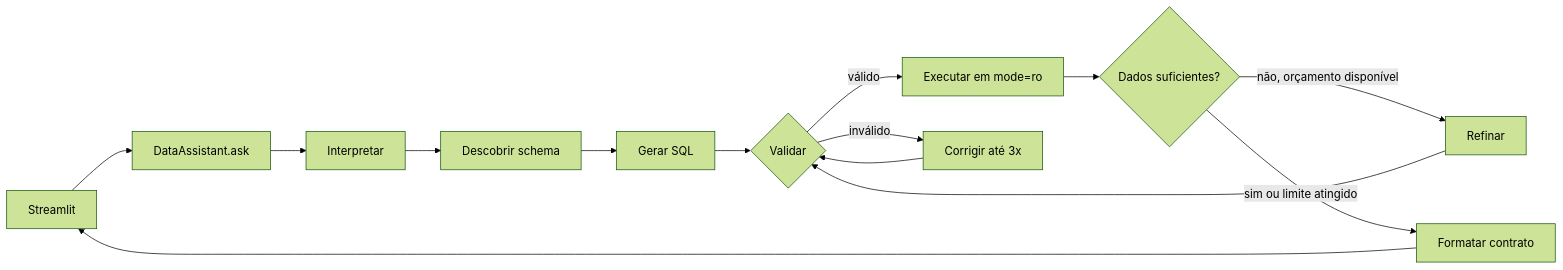
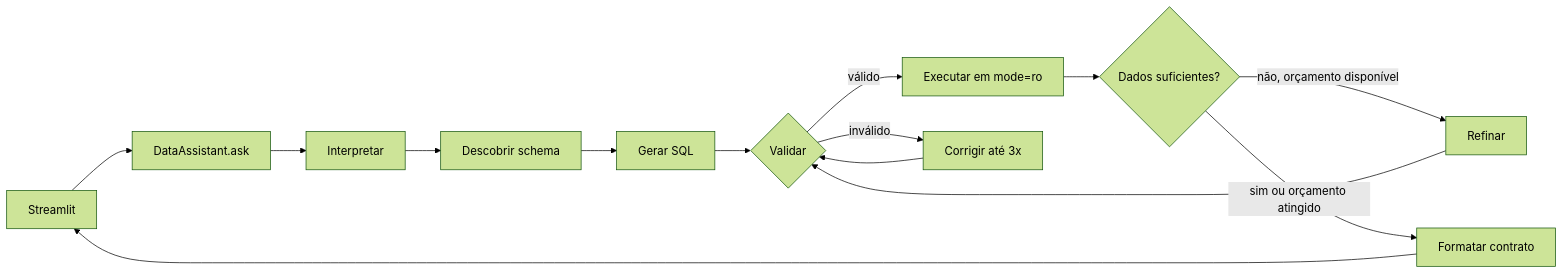
The diagram in README.md (fujiiatila-dev/assistente-virtual-de-dados), drawn with Mermaid (forest theme) before and after one commit. The commit also changed other lines of this file and 1 other file, not shown here.

````diff
--- a/README.md
+++ b/README.md
@@ -177,16 +236,16 @@
 ```mermaid
 flowchart LR
     UI[Streamlit] --> API[DataAssistant.ask]
     API --> I[Interpretar]
     I --> S[Descobrir schema]
     S --> G[Gerar SQL]
     G --> V{Validar}
     V -->|válido| E[Executar em mode=ro]
     V -->|inválido| C[Corrigir até 3x]
     C --> V
     E --> A{Dados suficientes?}
     A -->|não, orçamento disponível| R[Refinar]
     R --> V
-    A -->|sim ou limite atingido| F[Formatar contrato]
+    A -->|sim ou orçamento atingido| F[Formatar contrato]
     F --> UI
 ```
````
